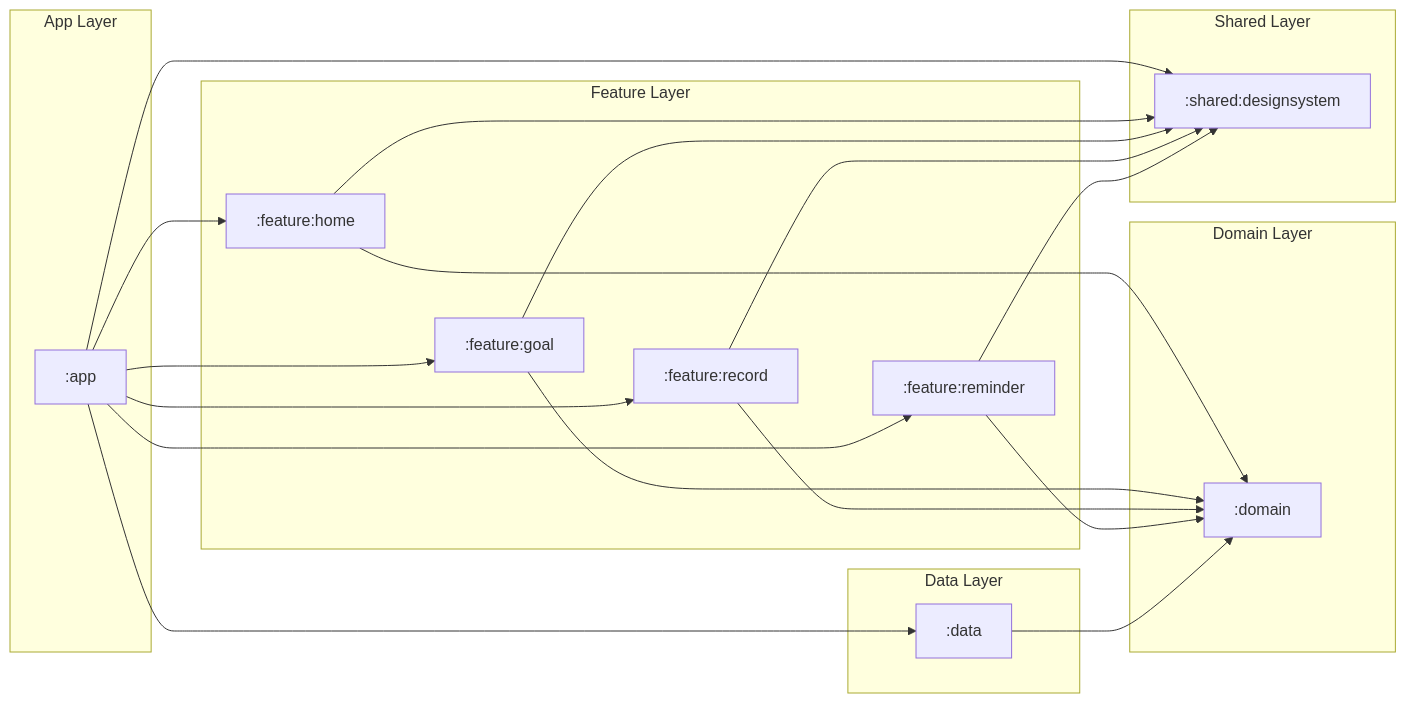
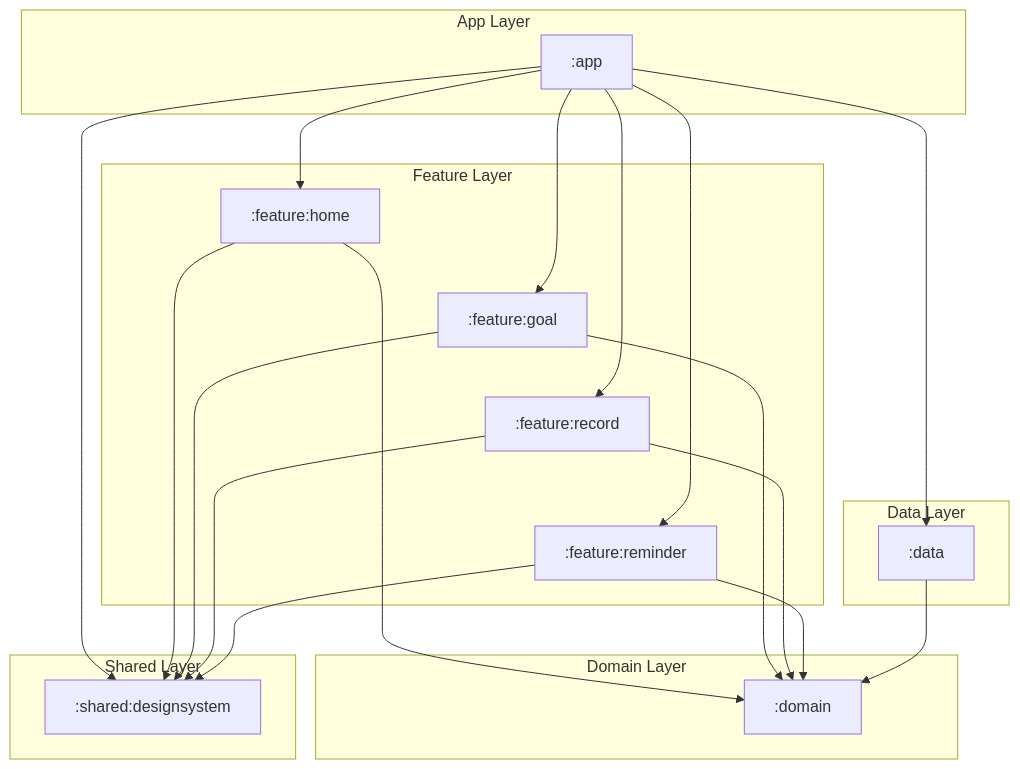
One commit to Jiyeong-kor/FitFlow changed the diagram in README.md. Above: the diagram before and after it, drawn with Mermaid.

````diff
--- a/README.md
+++ b/README.md
@@ -70,50 +70,49 @@
 ```mermaid
-flowchart LR
+flowchart TD
     subgraph App_Layer["App Layer"]
         APP[":app"]
     end
 
     subgraph Feature_Layer["Feature Layer"]
         HOME[":feature:home"]
         GOAL[":feature:goal"]
         RECORD[":feature:record"]
         REMINDER[":feature:reminder"]
 
         %% 정렬 강제(보이지 않는 링크)
         HOME ~~~ GOAL
         GOAL ~~~ RECORD
         RECORD ~~~ REMINDER
     end
 
     subgraph Domain_Layer["Domain Layer"]
         DOMAIN[":domain"]
     end
 
     subgraph Data_Layer["Data Layer"]
         DATA[":data"]
     end
 
     subgraph Shared_Layer["Shared Layer"]
         DS[":shared:designsystem"]
     end
 
     APP --> HOME
     APP --> GOAL
     APP --> RECORD
     APP --> REMINDER
     APP --> DATA
     APP --> DS
 
     HOME --> DOMAIN
     GOAL --> DOMAIN
     RECORD --> DOMAIN
     REMINDER --> DOMAIN
 
     HOME --> DS
     GOAL --> DS
     RECORD --> DS
     REMINDER --> DS
 
     DATA --> DOMAIN
-
 ```
````
